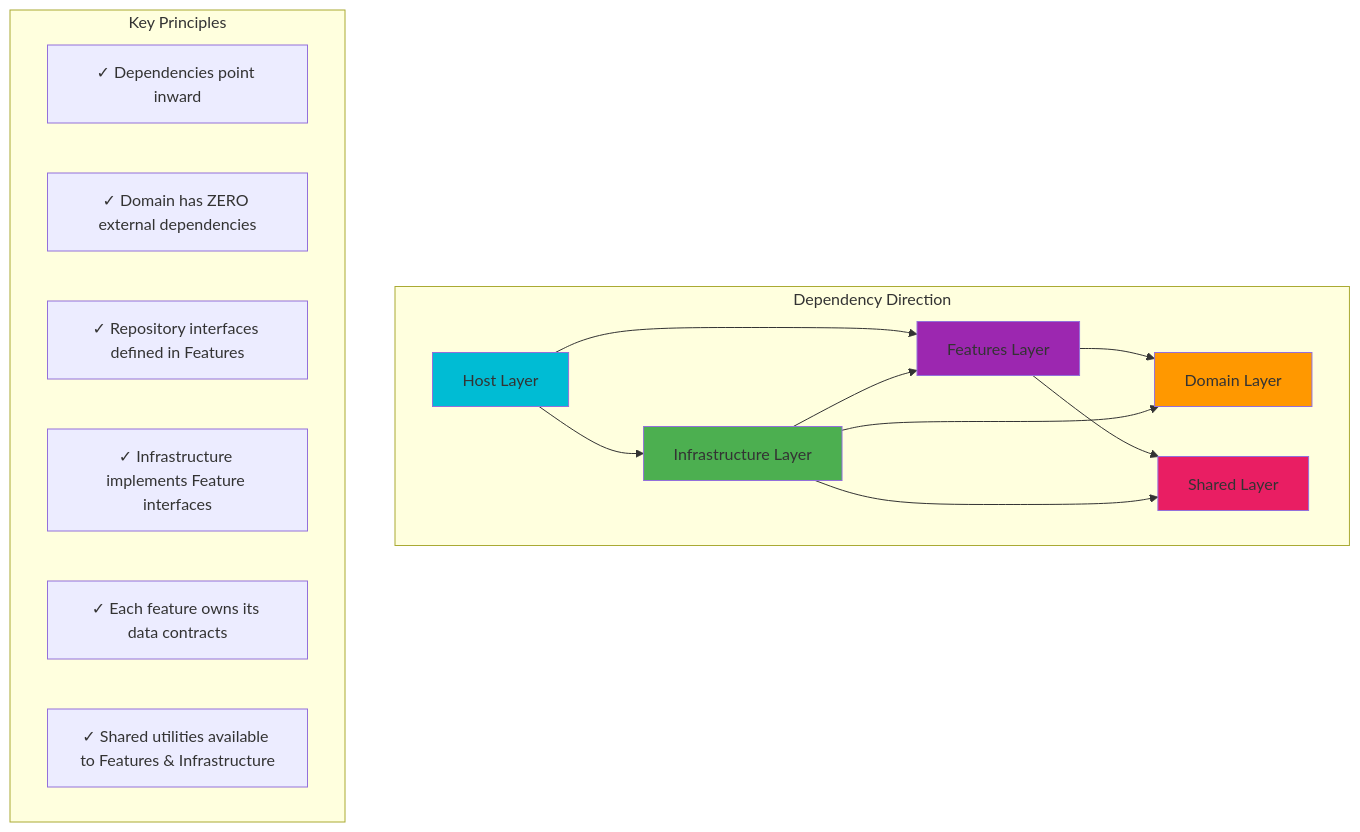
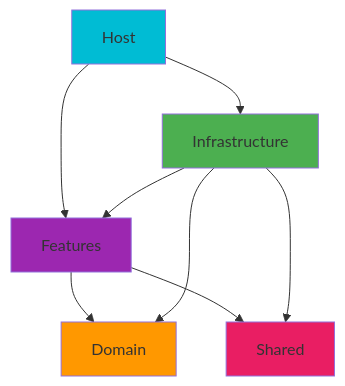
One commit to Furqat-Abduvosiqov/PgExplorer changed the tenth of 10 diagrams in docs/Architecture.md. Above: the diagram before and after it, drawn with Mermaid. The commit also changed other lines of this file, not shown here.

````diff
--- a/docs/Architecture.md
+++ b/docs/Architecture.md
@@ -760,27 +168,16 @@
 ```mermaid
 graph TD
-    subgraph "Dependency Direction"
-        H[Host Layer] --> F[Features Layer]
-        H --> I[Infrastructure Layer]
-        F --> D[Domain Layer]
-        F --> S[Shared Layer]
-        I --> F
-        I --> D
-        I --> S
-    end
+    A[Host] --> B[Features]
+    A --> C[Infrastructure]
+    B --> D[Domain]
+    B --> E[Shared]
+    C --> B
+    C --> D
+    C --> E
     
-    subgraph "Key Principles"
-        P1["✓ Dependencies point inward"]
-        P2["✓ Domain has ZERO external dependencies"]
-        P3["✓ Repository interfaces defined in Features"]
-        P4["✓ Infrastructure implements Feature interfaces"]
-        P5["✓ Each feature owns its data contracts"]
-        P6["✓ Shared utilities available to Features & Infrastructure"]
-    end
-    
-    style H fill:#00bcd4
-    style F fill:#9c27b0
+    style A fill:#00bcd4
+    style B fill:#9c27b0
+    style C fill:#4caf50
     style D fill:#ff9800
-    style I fill:#4caf50
-    style S fill:#e91e63
+    style E fill:#e91e63
 ```
````
